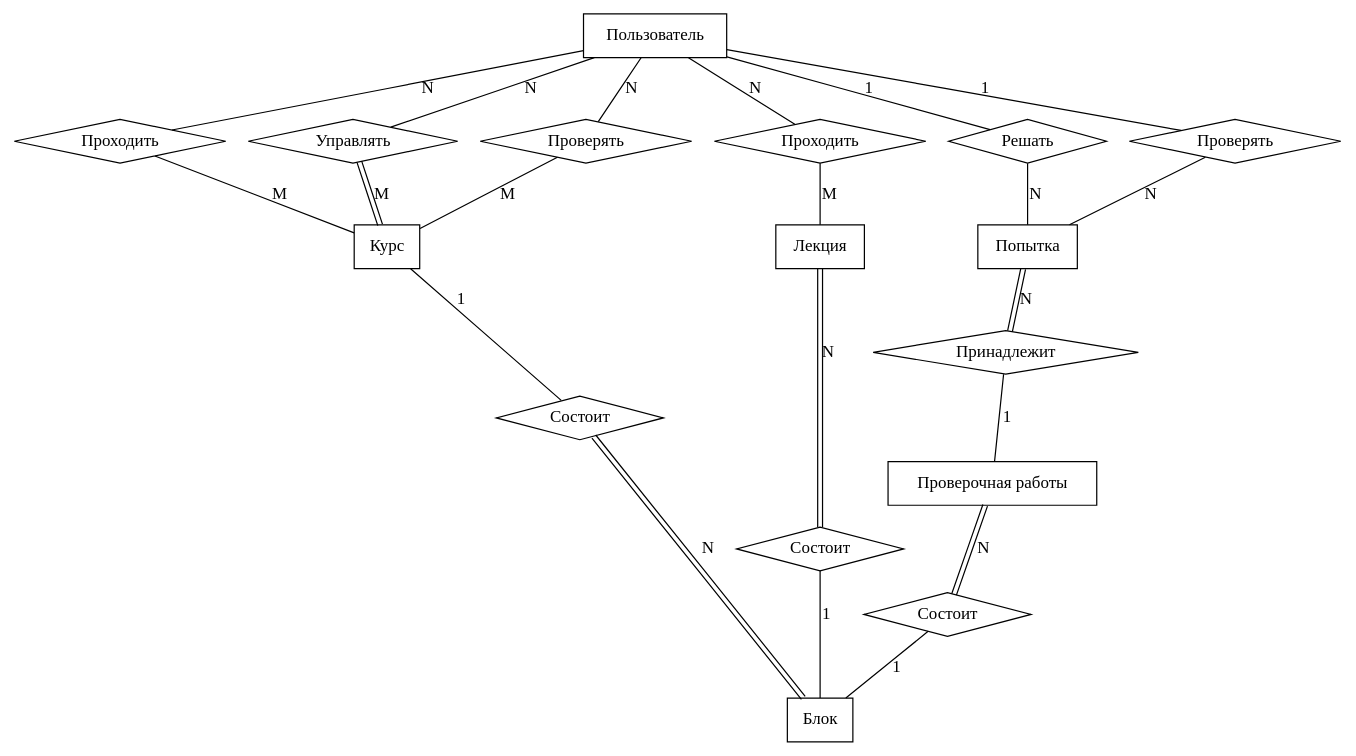
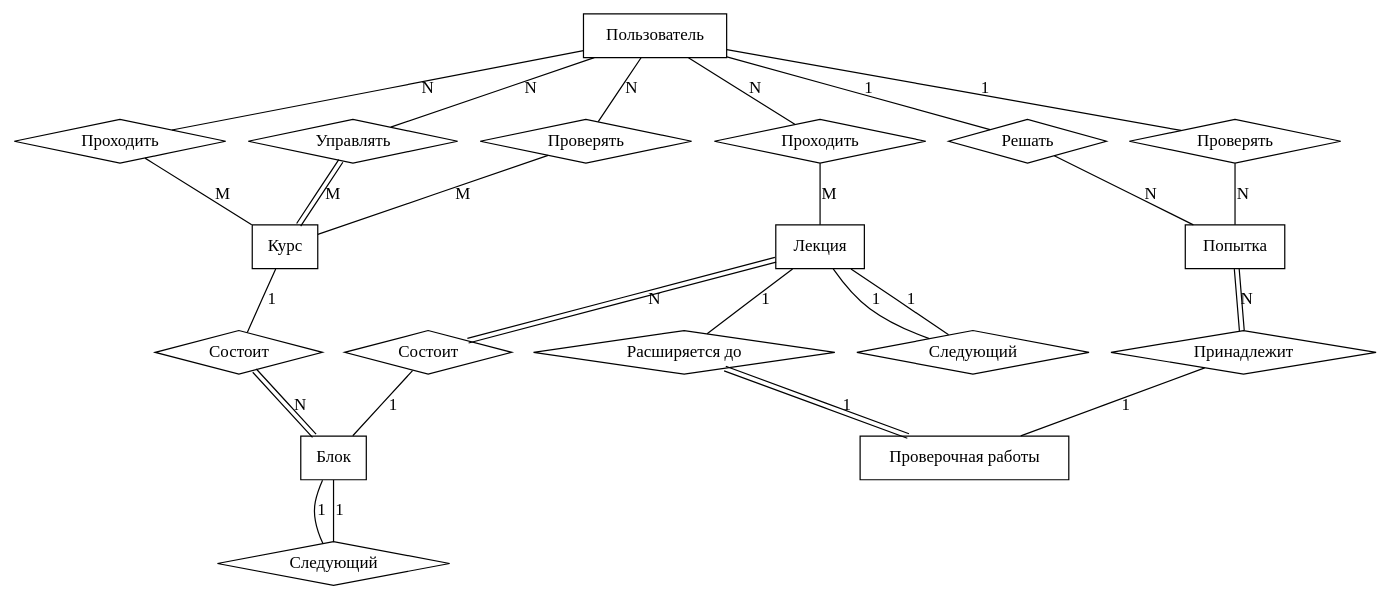
The diagram in Text/schemas/ER.dot (AsciiShell/DB_project), drawn with Graphviz before and after one commit.

Commit message:
Update ER diagramm

```diff
--- a/Text/schemas/ER.dot
+++ b/Text/schemas/ER.dot
@@ -1,52 +1,61 @@
 graph ERD {
 
   //graph [ ranksep="0"];
   //rankdir=LR;
 
   User [ label="Пользователь" shape = "box" ];
   Course [ label="Курс" shape = "box" ];
   Block [ label="Блок" shape = "box" ];
   Task [ label="Проверочная работы" shape = "box" ];
   Solution [ label="Попытка" shape = "box" ];
   Lecture [ label="Лекция" shape = "box" ];
 
   UserCourseSolve [ label="Проходить" shape = "diamond" ];
   UserCourseControl [ label="Управлять" shape = "diamond" ];
   UserCourseCheck [ label="Проверять" shape = "diamond" ];
   CourseBlock [ label="Состоит" shape = "diamond" ];
   BlockLecture [ label="Состоит" shape = "diamond" ];
-  BlockTask [ label="Состоит" shape = "diamond" ];
+  LectureTask [ label="Расширяется до" shape = "diamond" ];
+  BlockNext [ label="Следующий" shape = "diamond" ];
+  LectureNext [ label="Следующий" shape = "diamond" ];
   LectureUser [ label="Проходить" shape = "diamond" ];
   TaskSolution [ label="Принадлежит" shape = "diamond" ];
   UserSolutionSolve [ label="Решать" shape = "diamond" ];
   UserSolutionCheck [ label="Проверять" shape = "diamond" ];
   
   //{rank = same; UserCourseSolve; UserCourseControl; UserCourseCheck; LectureUser; UserSolutionSolve; UserSolutionCheck;}
   //{rank = same; Block;Task;}
-  //{rank = same; CourseBlock;BlockLecture;BlockTask;}
+  //{rank = same; CourseBlock;BlockLecture;LectureTask;}
   
   User -- UserCourseSolve[label = N];
   UserCourseSolve -- Course[label = M]; 
   User -- UserCourseControl[label = N];
   UserCourseControl-- Course[color="black:invis:black" label=M] ; 
   User -- UserCourseCheck[label = N];
   UserCourseCheck -- Course[label = M]; 
   User -- UserSolutionSolve[label = 1];
   UserSolutionSolve -- Solution[label = N];
   User -- UserSolutionCheck[label = 1];
   UserSolutionCheck -- Solution[label = N];
   User -- LectureUser[label = N];
   LectureUser -- Lecture[label = M];
   
   Course -- CourseBlock[label = 1];
   CourseBlock -- Block[color = "black:invis:black" label=N] ; 
   
   BlockLecture -- Block[label = 1];
-  BlockTask -- Block[label = 1];
+  Lecture -- LectureTask[label = 1];
   
   Lecture -- BlockLecture [color = "black:invis:black" label=N] ; 
-  Task -- BlockTask[color = "black:invis:black" label=N] ; 
+  LectureTask -- Task[color = "black:invis:black" label=1] ; 
   
   TaskSolution -- Task[label = 1];
   Solution -- TaskSolution[color = "black:invis:black" label=N] ; 
+  
+  // loopback TaskNext
+  Block -- BlockNext [label=1] ; 
+  BlockNext -- Block [label=1] ; 
+  
+  LectureNext -- Lecture [label=1] ; 
+  Lecture -- LectureNext [label=1] ; 
 }
```
